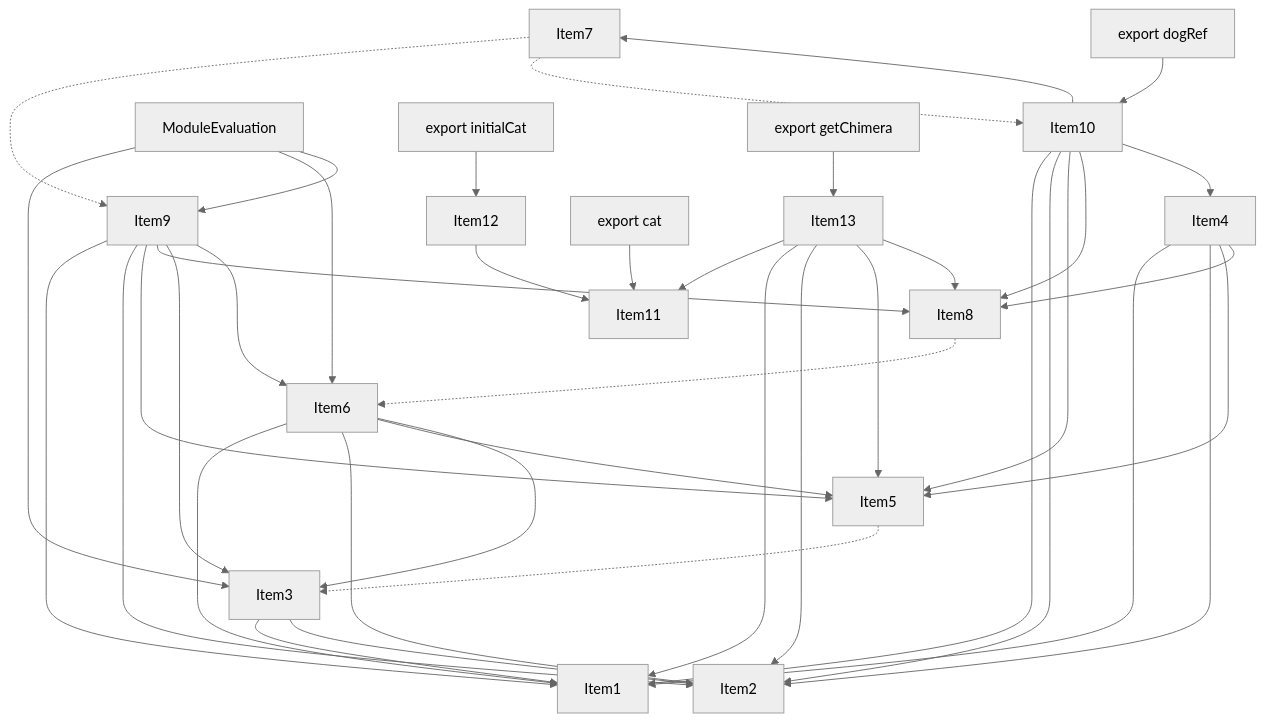
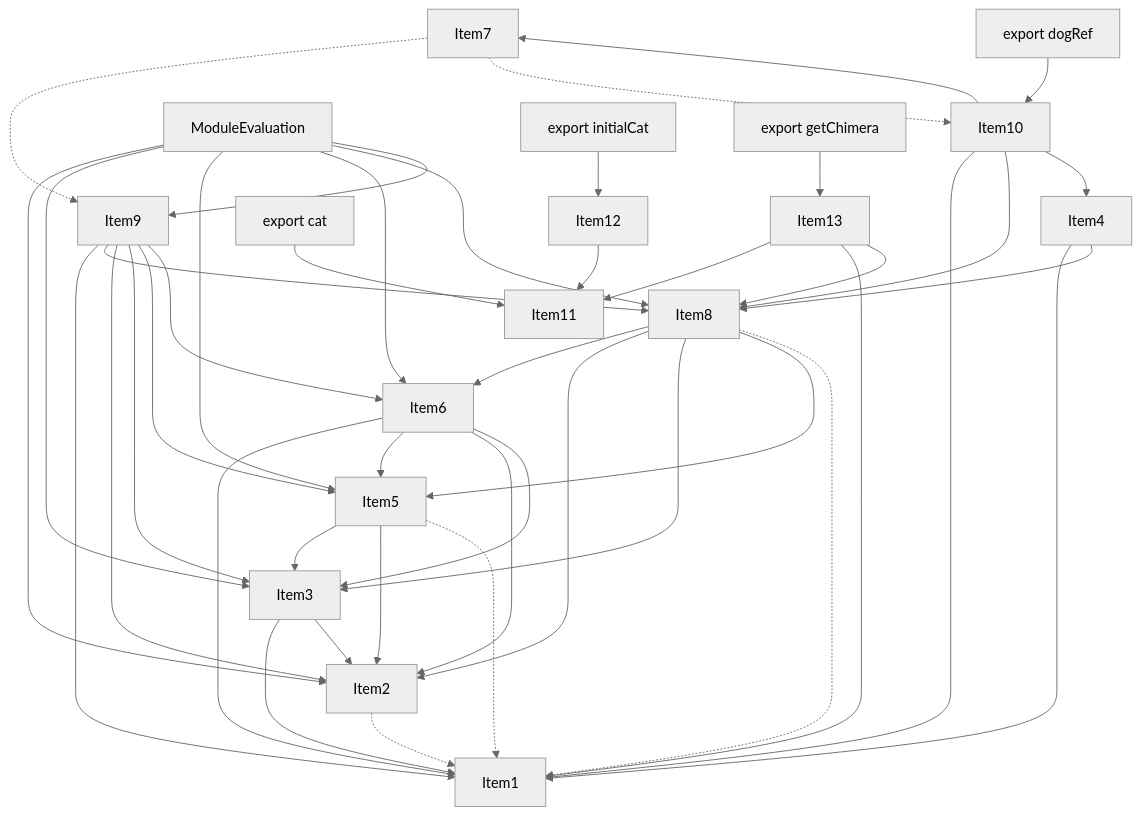
One commit to vercel/turborepo changed the fourth of 5 diagrams in crates/turbopack-ecmascript/tests/tree-shaker/analyzer/complex/output.md. Above: the diagram before and after it, drawn with Mermaid (neutral theme). The commit also changed other lines of this file and 3 other files, not shown here.

````diff
--- a/crates/turbopack-ecmascript/tests/tree-shaker/analyzer/complex/output.md
+++ b/crates/turbopack-ecmascript/tests/tree-shaker/analyzer/complex/output.md
@@ -285,65 +294,69 @@
 ```mermaid
 graph TD
     Item1;
     Item2;
     Item3;
     Item4;
     Item5;
     Item6;
     Item7;
     Item8;
     Item9;
     Item10;
     Item11;
     Item12;
     Item13;
     Item14;
     Item14["ModuleEvaluation"];
     Item15;
     Item15["export dogRef"];
     Item16;
     Item16["export cat"];
     Item17;
     Item17["export initialCat"];
     Item18;
     Item18["export getChimera"];
+    Item2 -.-> Item1;
     Item3 --> Item1;
     Item3 --> Item2;
-    Item5 -.-> Item3;
+    Item5 --> Item3;
+    Item5 --> Item2;
+    Item5 -.-> Item1;
     Item6 --> Item1;
+    Item6 --> Item5;
     Item6 --> Item2;
-    Item6 --> Item5;
     Item6 --> Item3;
-    Item8 -.-> Item6;
+    Item8 --> Item6;
+    Item8 --> Item2;
+    Item8 --> Item3;
+    Item8 --> Item5;
+    Item8 -.-> Item1;
     Item9 --> Item1;
+    Item9 --> Item8;
     Item9 --> Item2;
+    Item9 --> Item3;
     Item9 --> Item5;
-    Item9 --> Item8;
-    Item9 --> Item3;
     Item9 --> Item6;
     Item10 --> Item1;
-    Item10 --> Item2;
-    Item10 --> Item5;
     Item10 --> Item8;
     Item10 --> Item4;
     Item10 --> Item7;
     Item12 --> Item11;
     Item4 --> Item1;
-    Item4 --> Item2;
-    Item4 --> Item5;
     Item4 --> Item8;
     Item7 -.-> Item9;
     Item7 -.-> Item10;
     Item13 --> Item11;
     Item13 --> Item1;
-    Item13 --> Item2;
-    Item13 --> Item5;
     Item13 --> Item8;
+    Item14 --> Item2;
     Item14 --> Item3;
+    Item14 --> Item5;
     Item14 --> Item6;
+    Item14 --> Item8;
     Item14 --> Item9;
     Item15 --> Item10;
     Item16 --> Item11;
     Item17 --> Item12;
     Item18 --> Item13;
 ```
````
